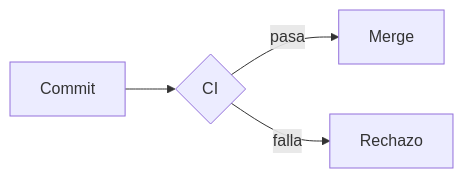
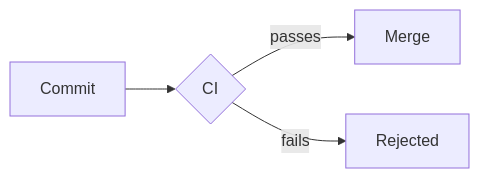
One commit to leozamarron/azdown changed the first of 4 diagrams in sample/azdown-showcase.md. Above: the diagram before and after it, drawn with Mermaid. The commit also changed other lines of this file and 15 other files, not shown here.

```diff
--- a/sample/azdown-showcase.md
+++ b/sample/azdown-showcase.md
@@ -14,6 +14,6 @@
 ::: mermaid
 graph LR
   A[Commit] --> B{CI}
-  B -->|pasa| C[Merge]
-  B -->|falla| D[Rechazo]
+  B -->|passes| C[Merge]
+  B -->|fails| D[Rejected]
 :::
```
